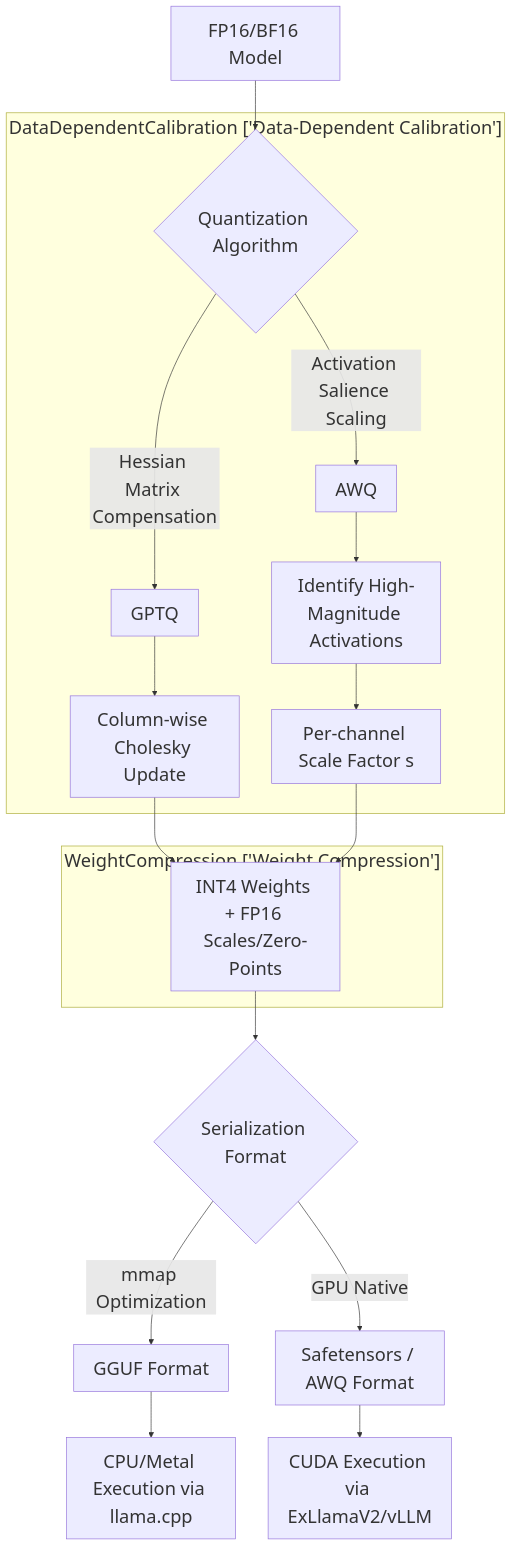
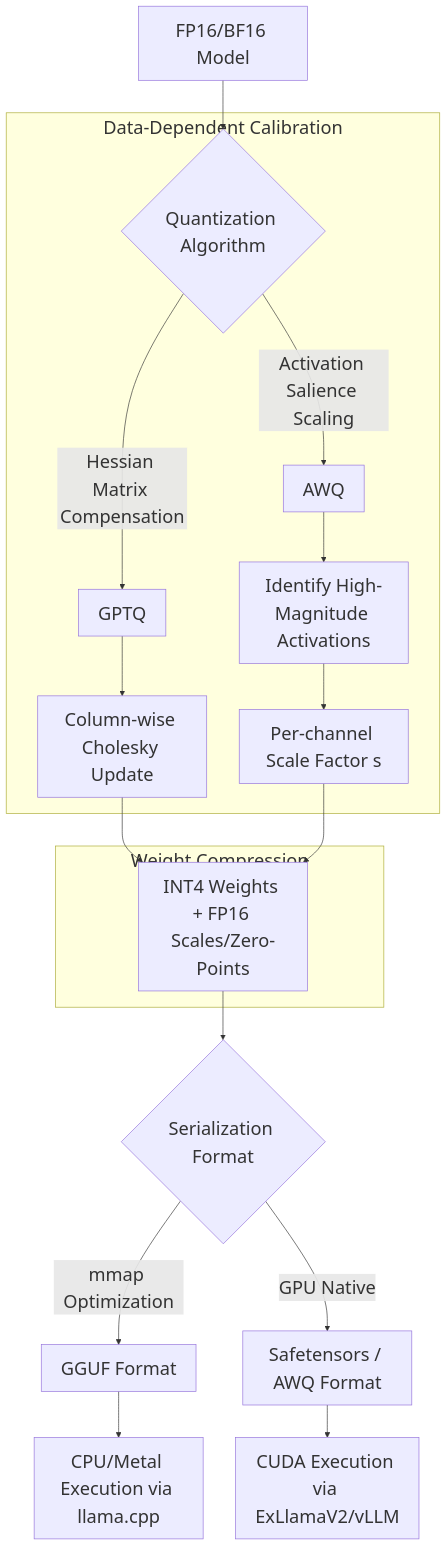
One commit to j4flmao/agent-skills changed the diagram in skills/ai/llm-engineering/model-quantization/SKILL.md. Above: the diagram before and after it, drawn with Mermaid. The commit also changed 38 other files, not shown here.

Commit message:
style(skills): Add padding to Mermaid subgraphs to prevent label overlap with nodes

````diff
--- a/skills/ai/llm-engineering/model-quantization/SKILL.md
+++ b/skills/ai/llm-engineering/model-quantization/SKILL.md
@@ -32,25 +32,25 @@
 ```mermaid
 %%{init: {"theme": "default", "themeVariables": {"fontSize": "28px"}, "flowchart": {"useMaxWidth": false}}}%%
 flowchart TD
     A[FP16/BF16 Model] --> B{Quantization Algorithm}
     
-    subgraph DataDependentCalibrationDataDependentCalibration ["DataDependentCalibration ['Data-Dependent Calibration']"]
+    subgraph DataDependentCalibrationDataDependentCalibration ["Data-Dependent Calibration<br/>"]
         B -->|Hessian Matrix Compensation| C[GPTQ]
         B -->|Activation Salience Scaling| D[AWQ]
         C --> E[Column-wise Cholesky Update]
         D --> F[Identify High-Magnitude Activations]
         F --> G[Per-channel Scale Factor s]
     end
     
-    subgraph WeightCompressionWeightCompression ["WeightCompression ['Weight Compression']"]
+    subgraph WeightCompressionWeightCompression ["Weight Compression<br/>"]
         E --> H[INT4 Weights + FP16 Scales/Zero-Points]
         G --> H
     end
     
     H --> I{Serialization Format}
     I -->|mmap Optimization| J[GGUF Format]
     I -->|GPU Native| K[Safetensors / AWQ Format]
     
     J --> L[CPU/Metal Execution via llama.cpp]
     K --> M[CUDA Execution via ExLlamaV2/vLLM]
 ```
````
